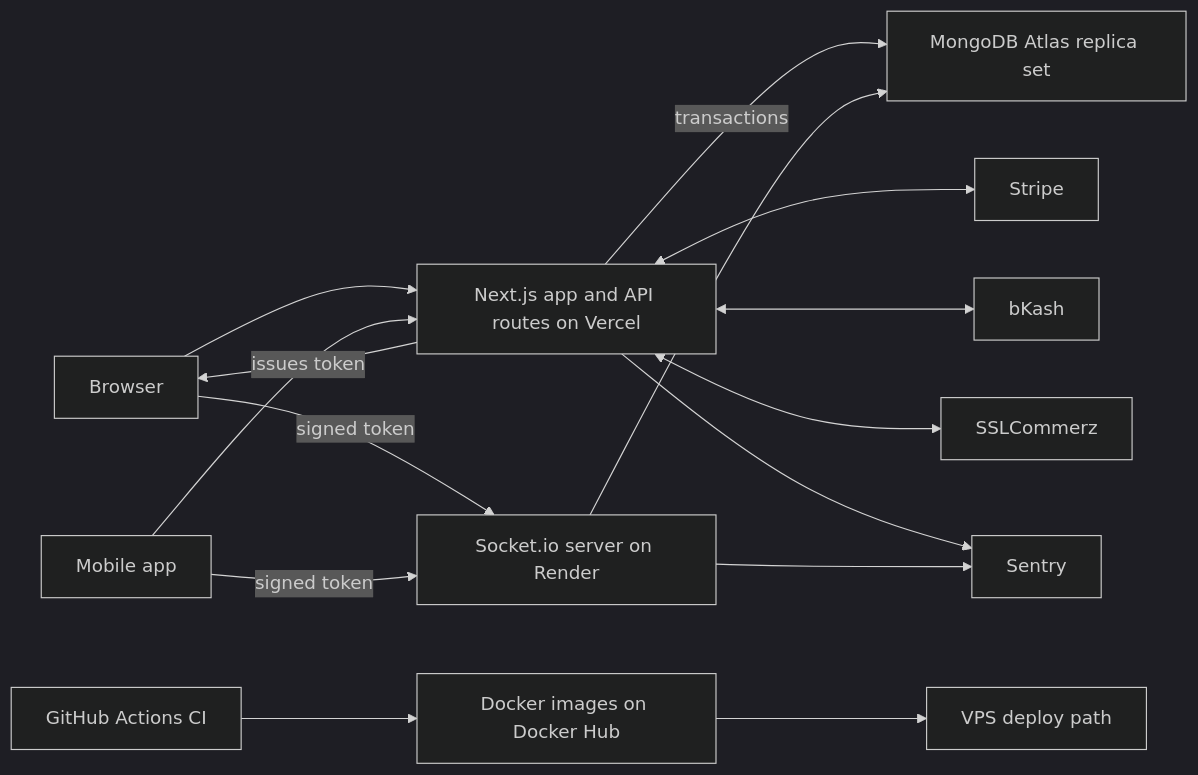
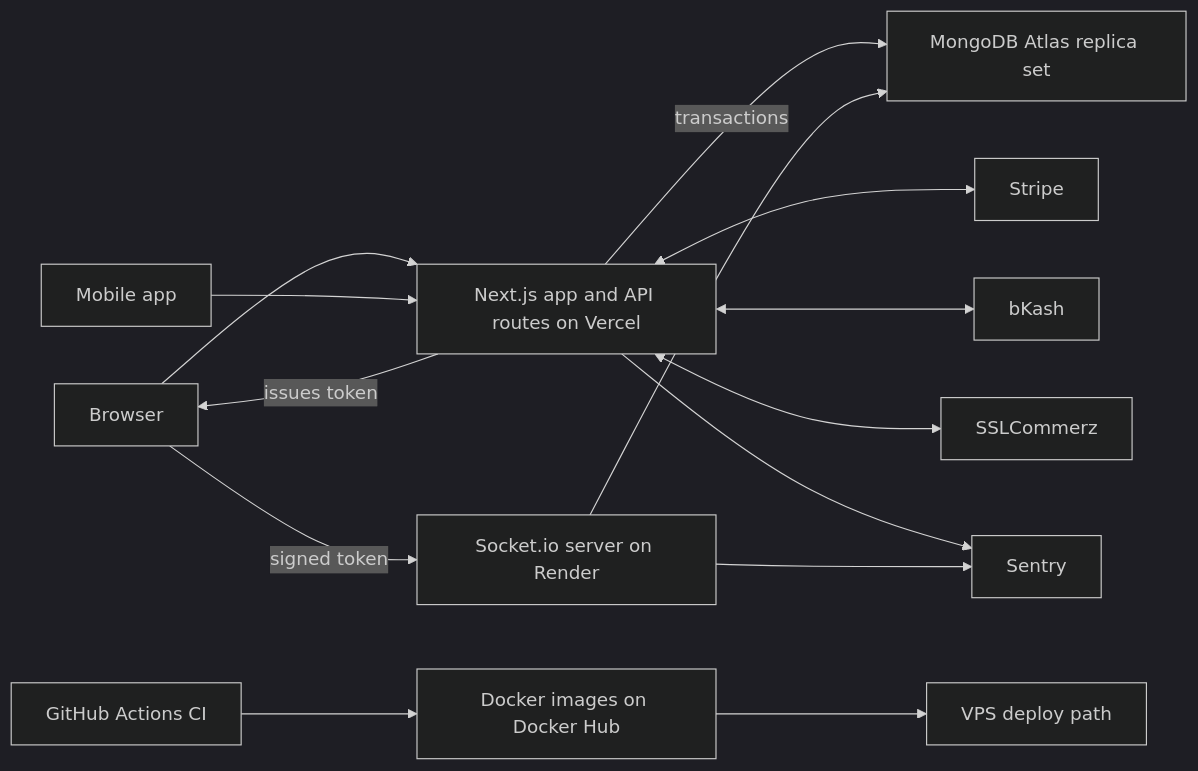
Before and after one commit to masumislambadsha/taskhub: the diagram in README.md, drawn with Mermaid (dark theme). The commit also changed other lines of this file, not shown here.

Commit message:
docs: correct README wording and the architecture diagram

````diff
--- a/README.md
+++ b/README.md
@@ -42,30 +42,29 @@
 ```mermaid
 flowchart LR
     Browser[Browser]
     Mobile[Mobile app]
     Next[Next.js app and API routes on Vercel]
     Realtime[Socket.io server on Render]
     Mongo[MongoDB Atlas replica set]
     Stripe[Stripe]
     Bkash[bKash]
     SSL[SSLCommerz]
     Sentry[Sentry]
     CI[GitHub Actions CI]
     Images[Docker images on Docker Hub]
     VPS[VPS deploy path]
 
     Browser --> Next
     Mobile --> Next
     Browser -->|signed token| Realtime
-    Mobile -->|signed token| Realtime
     Next -->|issues token| Browser
     Next -->|transactions| Mongo
     Realtime --> Mongo
     Next <--> Stripe
     Next <--> Bkash
     Next <--> SSL
     Next --> Sentry
     Realtime --> Sentry
     CI --> Images
     Images --> VPS
 ```
````
